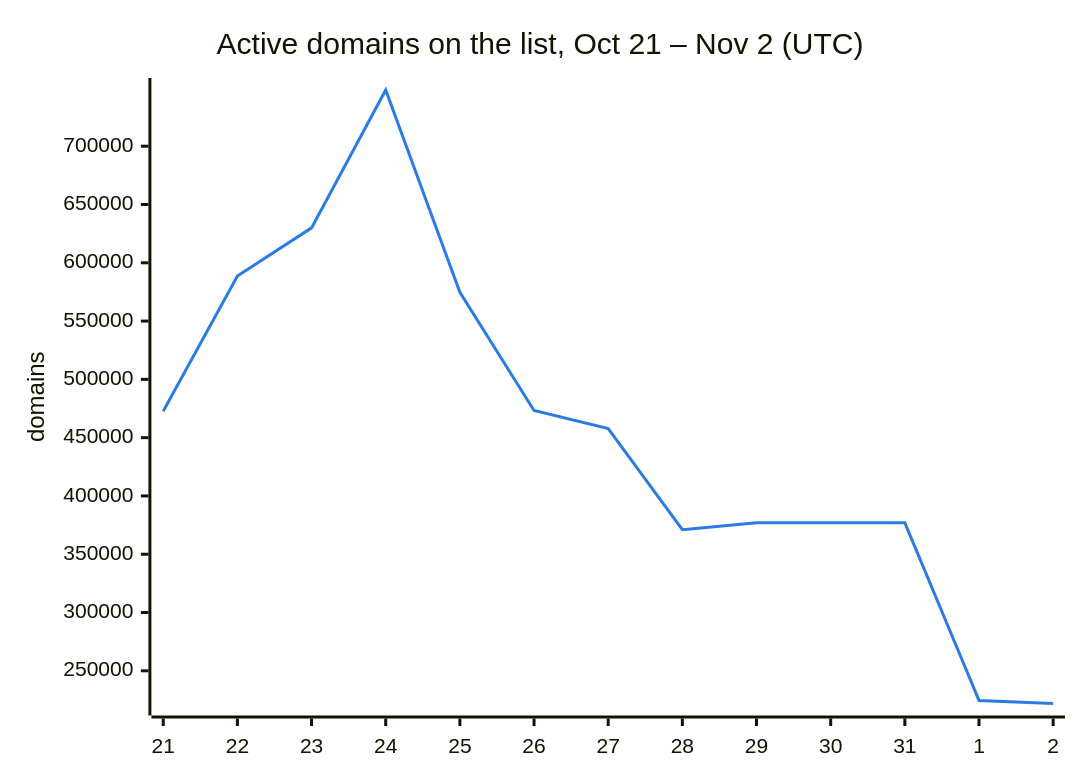
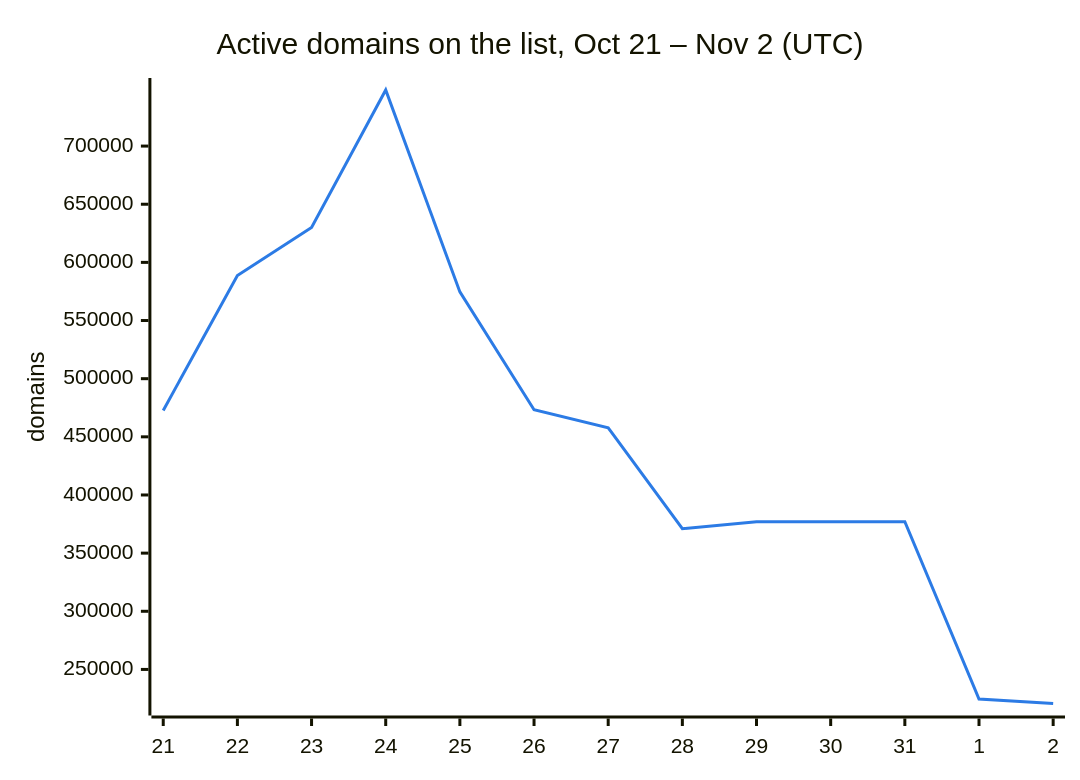
Before and after one commit to DNSBunker/CTI: the second of 3 diagrams in README.md, drawn with Mermaid. The commit also changed other lines of this file and 3 other files, not shown here.

````diff
--- a/README.md
+++ b/README.md
@@ -38,8 +38,8 @@
 ```mermaid
 %%{init: {"themeVariables": {"xyChart": {"plotColorPalette": "#2c7be5"}}}}%%
 xychart-beta
     title "Active domains on the list, Oct 21 – Nov 2 (UTC)"
     x-axis ["21", "22", "23", "24", "25", "26", "27", "28", "29", "30", "31", "1", "2"]
     y-axis "domains"
-    line [472713, 588659, 629951, 748222, 574614, 473331, 457795, 371010, 376945, 376945, 376945, 224607, 221965]
+    line [472713, 588659, 629951, 748222, 574614, 473331, 457795, 371010, 376945, 376945, 376945, 224607, 220704]
 ```
````
